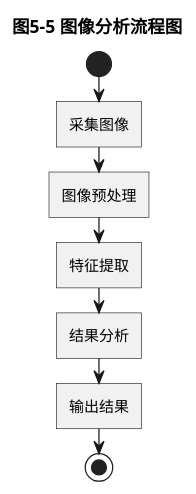
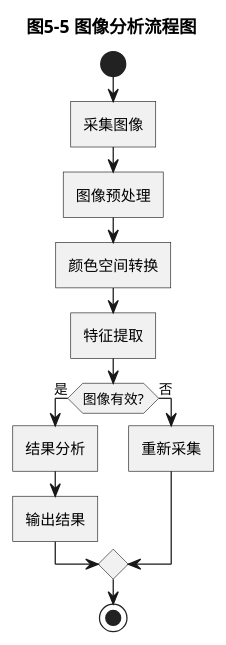
The diagram in 图 5-5 图像分析流程图.puml (TSK-io/lunwen), drawn with PlantUML before and after one commit.

```diff
--- a/图 5-5 图像分析流程图.puml
+++ b/图 5-5 图像分析流程图.puml
@@ -1,18 +1,24 @@
 @startuml
 title 图5-5 图像分析流程图
 
 skinparam monochrome true
 skinparam shadowing false
 skinparam defaultFontName Microsoft YaHei
 skinparam defaultTextAlignment center
 skinparam roundcorner 0
 
 start
 :采集图像;
 :图像预处理;
+:颜色空间转换;
 :特征提取;
-:结果分析;
-:输出结果;
+
+if (图像有效?) then (是)
+  :结果分析;
+  :输出结果;
+else (否)
+  :重新采集;
+endif
+
 stop
-
 @enduml
```
